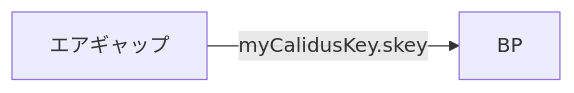
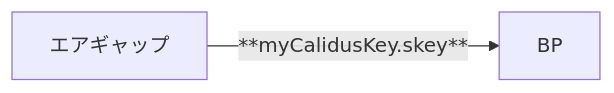
Before and after one commit to btbf/spojapanguild: the fourth of 4 diagrams in docs/cardano/operation/calidus-key-generation.md, drawn with Mermaid. The commit also changed other lines of this file, not shown here.

````diff
--- a/docs/cardano/operation/calidus-key-generation.md
+++ b/docs/cardano/operation/calidus-key-generation.md
@@ -305,4 +305,4 @@
     ``` mermaid
     graph LR
-        A[エアギャップ] -->|myCalidusKey.skey| B[BP];
+        A[エアギャップ] -->|**myCalidusKey.skey**| B[BP];
     ```
````
